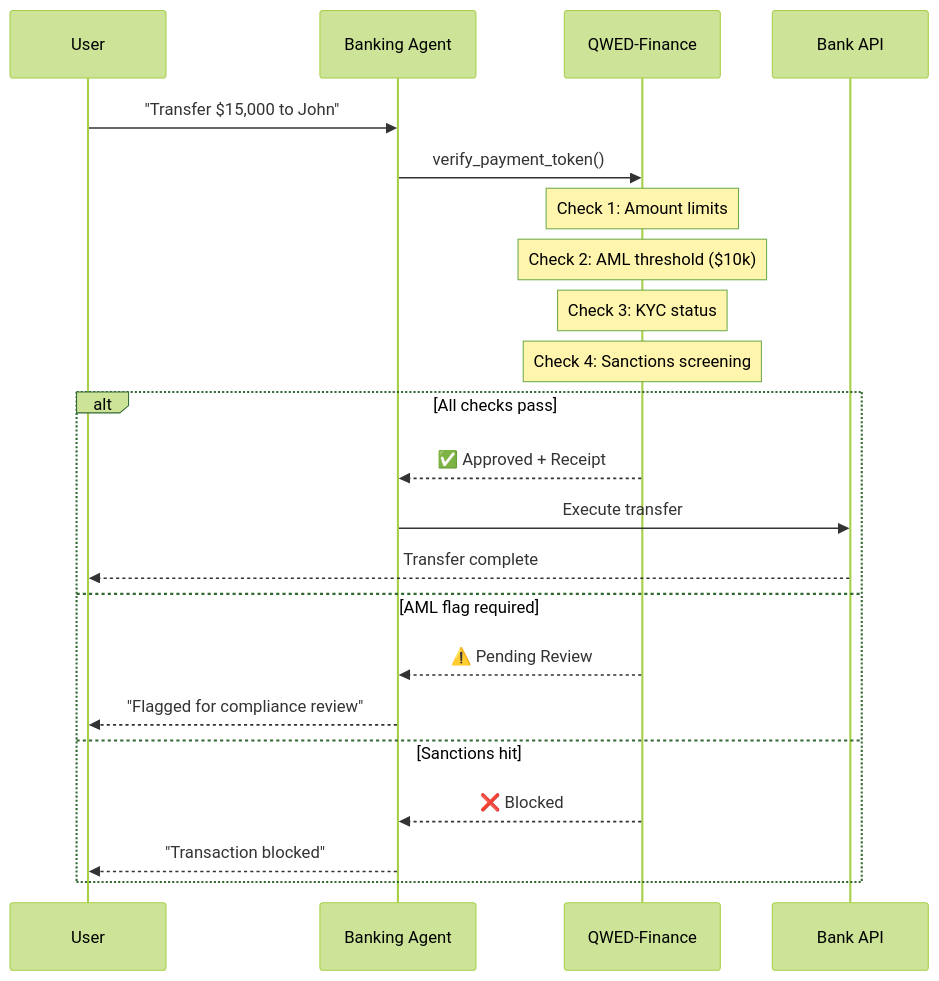
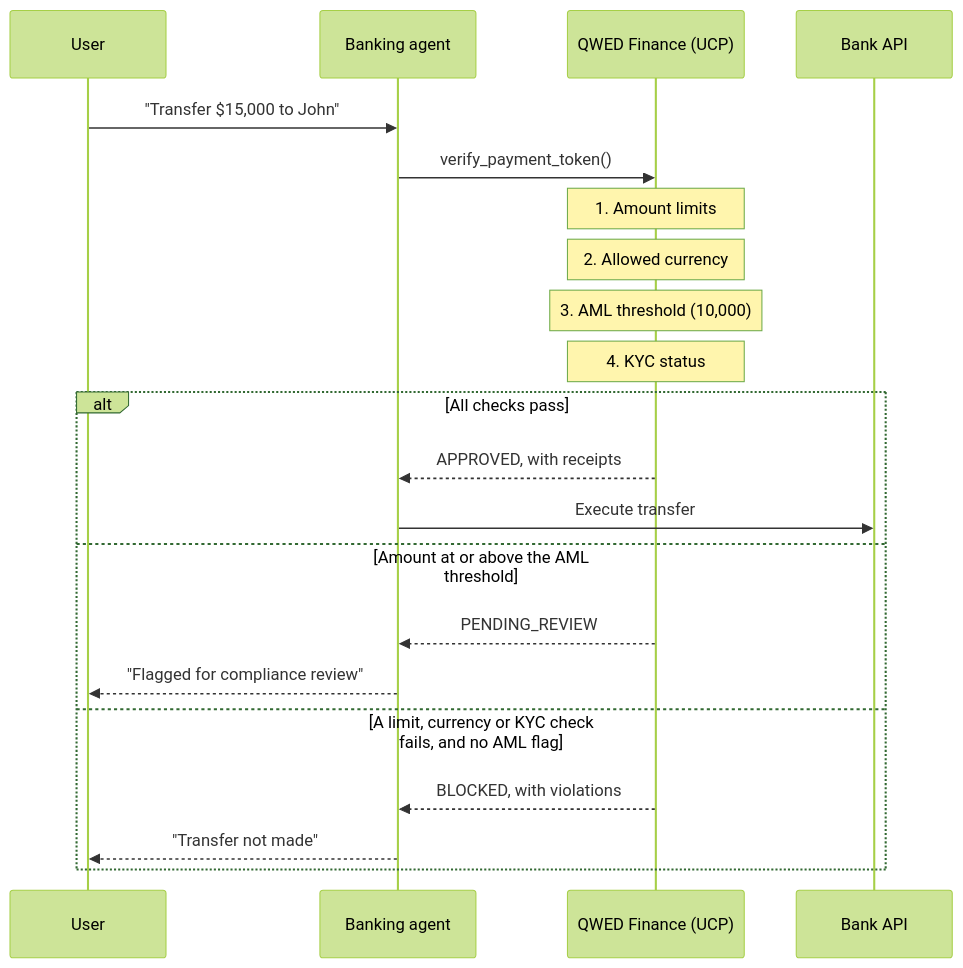
Before and after one commit to QWED-AI/qwed-finance-docs: the second of 2 diagrams in finance/overview.mdx, drawn with Mermaid (forest theme). The commit also changed other lines of this file and 13 other files, not shown here.

````diff
--- a/finance/overview.mdx
+++ b/finance/overview.mdx
@@ -161,27 +114,26 @@
 ```mermaid
 sequenceDiagram
     participant User
-    participant Agent as Banking Agent
-    participant QWED as QWED-Finance
+    participant Agent as Banking agent
+    participant QWED as QWED Finance (UCP)
     participant Bank as Bank API
-    
+
     User->>Agent: "Transfer $15,000 to John"
     Agent->>QWED: verify_payment_token()
-    
-    Note over QWED: Check 1: Amount limits
-    Note over QWED: Check 2: AML threshold ($10k)
-    Note over QWED: Check 3: KYC status
-    Note over QWED: Check 4: Sanctions screening
-    
+
+    Note over QWED: 1. Amount limits
+    Note over QWED: 2. Allowed currency
+    Note over QWED: 3. AML threshold (10,000)
+    Note over QWED: 4. KYC status
+
     alt All checks pass
-        QWED-->>Agent: ✅ Approved + Receipt
+        QWED-->>Agent: APPROVED, with receipts
         Agent->>Bank: Execute transfer
-        Bank-->>User: Transfer complete
-    else AML flag required
-        QWED-->>Agent: ⚠️ Pending Review
+    else Amount at or above the AML threshold
+        QWED-->>Agent: PENDING_REVIEW
         Agent-->>User: "Flagged for compliance review"
-    else Sanctions hit
-        QWED-->>Agent: ❌ Blocked
-        Agent-->>User: "Transaction blocked"
+    else A limit, currency or KYC check fails, and no AML flag
+        QWED-->>Agent: BLOCKED, with violations
+        Agent-->>User: "Transfer not made"
     end
 ```
````
